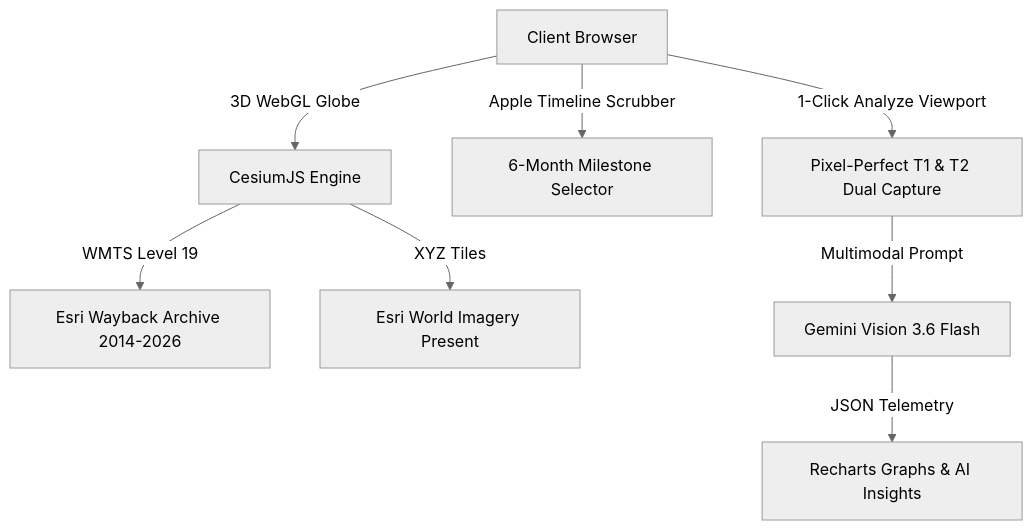
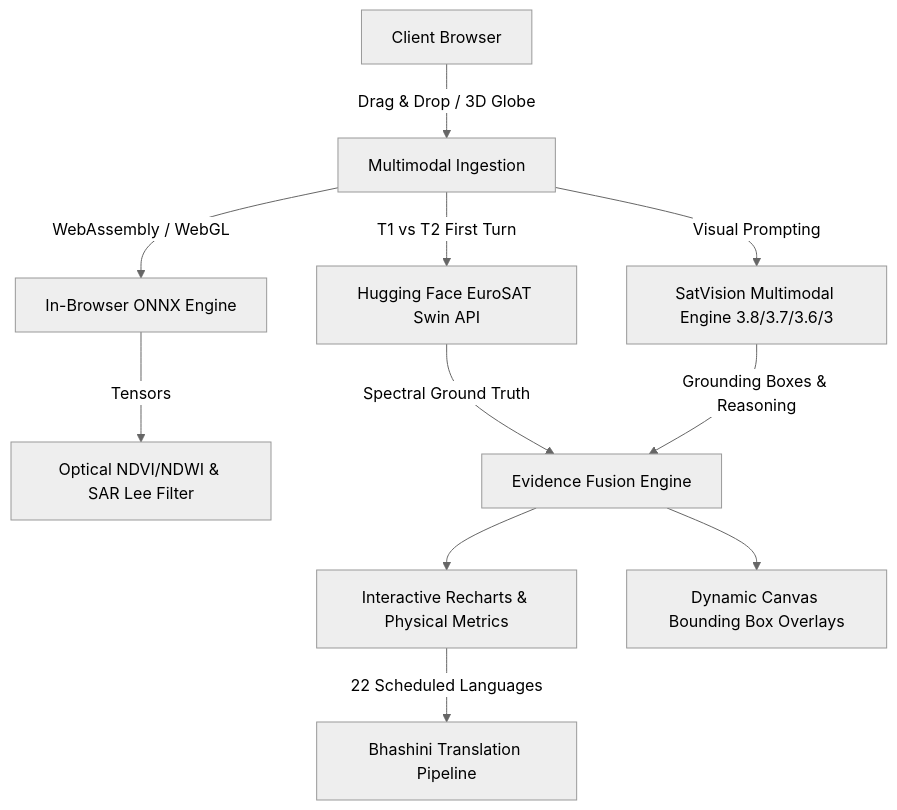
One commit to SmartKidzee/vyomixsih changed the diagram in README.md. Above: the diagram before and after it, drawn with Mermaid (neutral theme). The commit also changed other lines of this file and 12 other files, not shown here.

````diff
--- a/README.md
+++ b/README.md
@@ -79,12 +119,18 @@
 ```mermaid
 graph TD
-    A[Client Browser] -->|3D WebGL Globe| B[CesiumJS Engine]
-    B -->|WMTS Level 19| C[Esri Wayback Archive 2014-2026]
-    B -->|XYZ Tiles| D[Esri World Imagery Present]
+    User[Client Browser] -->|Drag & Drop / 3D Globe| Ingest[Multimodal Ingestion]
     
-    A -->|Apple Timeline Scrubber| E[6-Month Milestone Selector]
-    A -->|1-Click Analyze Viewport| F[Pixel-Perfect T1 & T2 Dual Capture]
+    Ingest -->|WebAssembly / WebGL| ONNX[In-Browser ONNX Engine]
+    ONNX -->|Tensors| Spectral[Optical NDVI/NDWI & SAR Lee Filter]
     
-    F -->|Multimodal Prompt| G[Gemini Vision 3.6 Flash]
-    G -->|JSON Telemetry| H[Recharts Graphs & AI Insights]
+    Ingest -->|T1 vs T2 First Turn| HF[Hugging Face EuroSAT Swin API]
+    HF -->|Spectral Ground Truth| Fusion[Evidence Fusion Engine]
+    
+    Ingest -->|Visual Prompting| Vision[SatVision Multimodal Engine 3.8/3.7/3.6/3]
+    Vision -->|Grounding Boxes & Reasoning| Fusion
+    
+    Fusion --> Telemetry[Interactive Recharts & Physical Metrics]
+    Fusion --> Grounding[Dynamic Canvas Bounding Box Overlays]
+    
+    Telemetry -->|22 Scheduled Languages| Bhashini[Bhashini Translation Pipeline]
 ```
````
